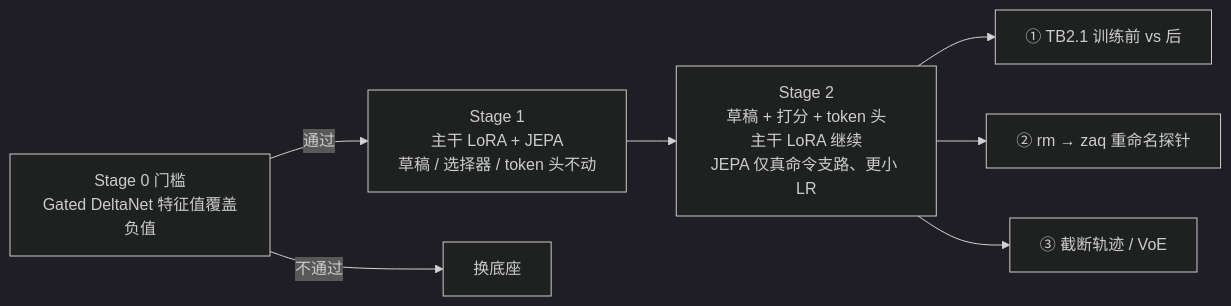
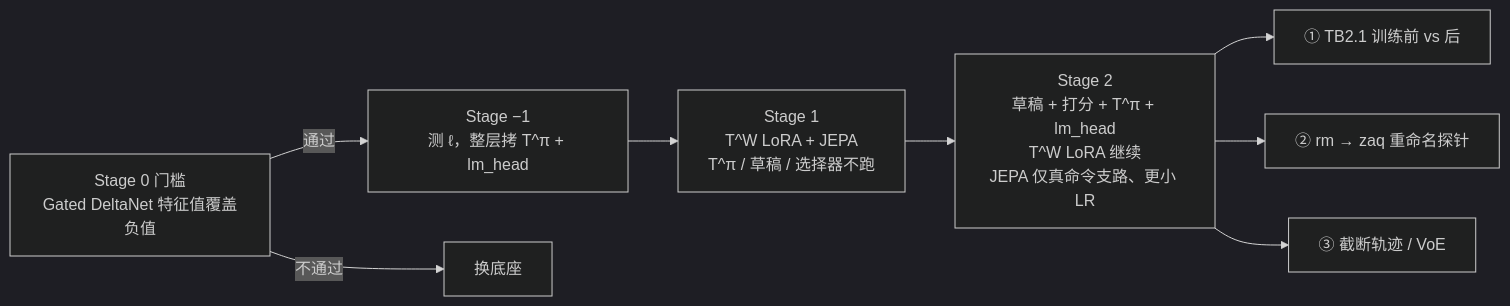
One commit to MegaGimen/BIV changed the second of 2 diagrams in AGENTS.md. Above: the diagram before and after it, drawn with Mermaid (dark theme). The commit also changed other lines of this file and 1 other file, not shown here.

First line of the commit message:
Record T^W / T^π cut: Instruct last layers initialize the token path only.

````diff
--- a/AGENTS.md
+++ b/AGENTS.md
@@ -207,13 +222,14 @@
 ```mermaid
 flowchart LR
     S0["Stage 0 门槛<br/>Gated DeltaNet 特征值覆盖负值"]
-    S0 -->|"通过"| S1
+    S0 -->|"通过"| SM
     S0 -->|"不通过"| STOP["换底座"]
 
-    S1["Stage 1<br/>主干 LoRA + JEPA<br/>草稿 / 选择器 / token 头不动"]
-    S1 --> S2["Stage 2<br/>草稿 + 打分 + token 头<br/>主干 LoRA 继续<br/>JEPA 仅真命令支路、更小 LR"]
+    SM["Stage −1<br/>测 ℓ，整层拷 T^π + lm_head"]
+    SM --> S1["Stage 1<br/>T^W LoRA + JEPA<br/>T^π / 草稿 / 选择器不跑"]
+    S1 --> S2["Stage 2<br/>草稿 + 打分 + T^π + lm_head<br/>T^W LoRA 继续<br/>JEPA 仅真命令支路、更小 LR"]
 
     S2 --> E1["① TB2.1 训练前 vs 后"]
     S2 --> E2["② rm → zaq 重命名探针"]
     S2 --> E3["③ 截断轨迹 / VoE"]
 ```
````
